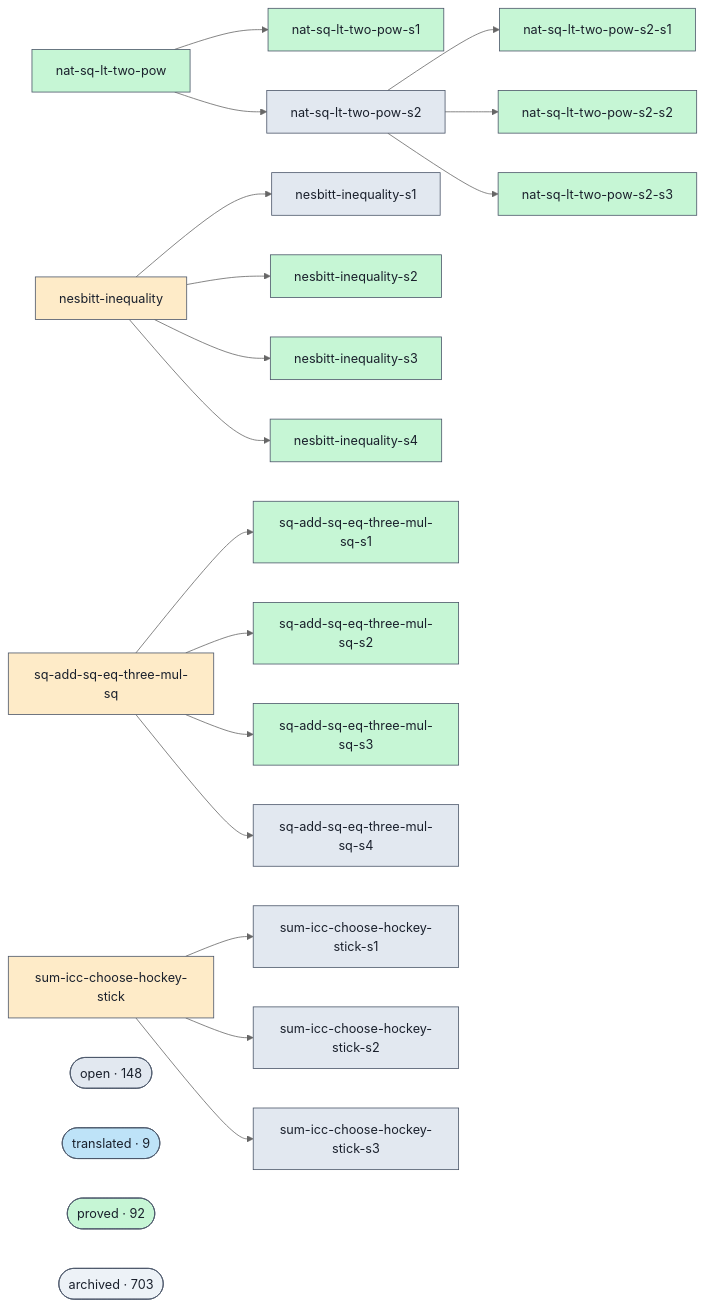
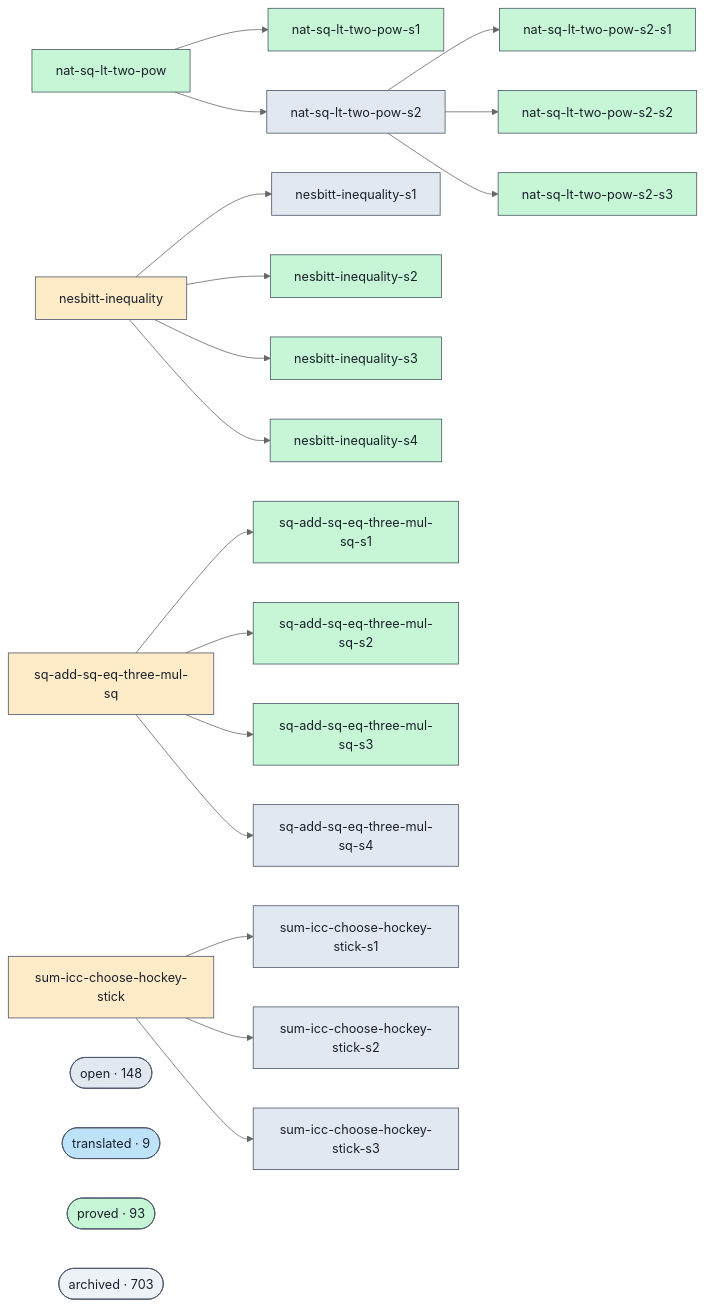
One commit to Rauxon/unsorry changed the diagram in docs/proofs-contributors-visualisation.md. Above: the diagram before and after it, drawn with Mermaid (neutral theme). The commit also changed other lines of this file and 2 other files, not shown here.

```diff
--- a/docs/proofs-contributors-visualisation.md
+++ b/docs/proofs-contributors-visualisation.md
@@ -102,7 +102,7 @@
   class cluster_open open;
   cluster_translated(["translated · 9"])
   class cluster_translated translated;
-  cluster_proved(["proved · 92"])
+  cluster_proved(["proved · 93"])
   class cluster_proved proved;
   cluster_archived(["archived · 703"])
   class cluster_archived unknown;
```
